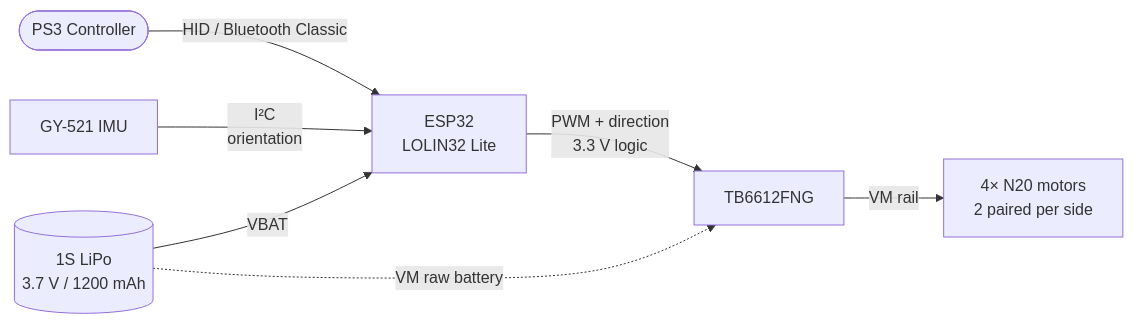
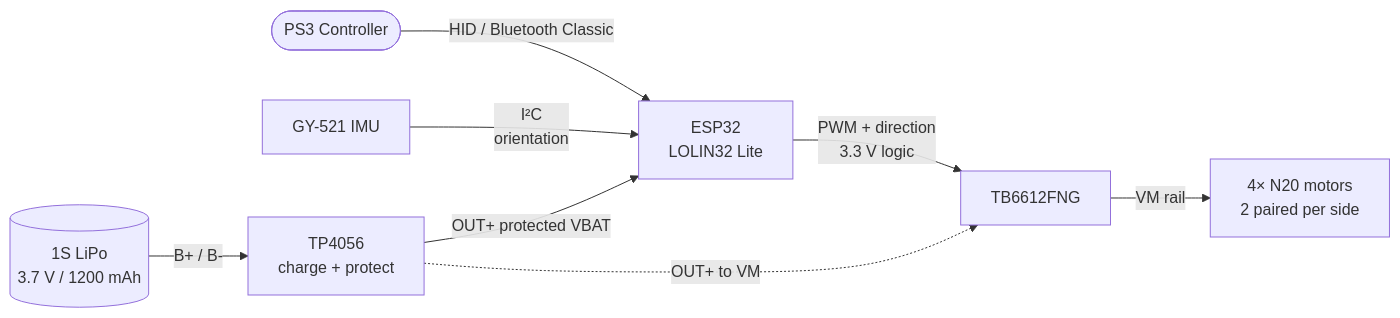
The first of 2 diagrams in README.md (wouterds/minibot), drawn with Mermaid before and after one commit. The commit also changed other lines of this file, not shown here.

````diff
--- a/README.md
+++ b/README.md
@@ -19,9 +20,10 @@
 ```mermaid
 flowchart LR
     PS3([PS3 Controller]) -->|HID / Bluetooth Classic| ESP[ESP32<br/>LOLIN32 Lite]
     IMU[GY-521 IMU] -->|I²C<br/>orientation| ESP
     ESP -->|PWM + direction<br/>3.3 V logic| DRV[TB6612FNG]
     DRV -->|VM rail| MOT[4× N20 motors<br/>2 paired per side]
-    BAT[(1S LiPo<br/>3.7 V / 1200 mAh)] -->|VBAT| ESP
-    BAT -.->|VM raw battery| DRV
+    BAT[(1S LiPo<br/>3.7 V / 1200 mAh)] -->|B+ / B-| TP[TP4056<br/>charge + protect]
+    TP -->|OUT+ protected VBAT| ESP
+    TP -.->|OUT+ to VM| DRV
 ```
````
